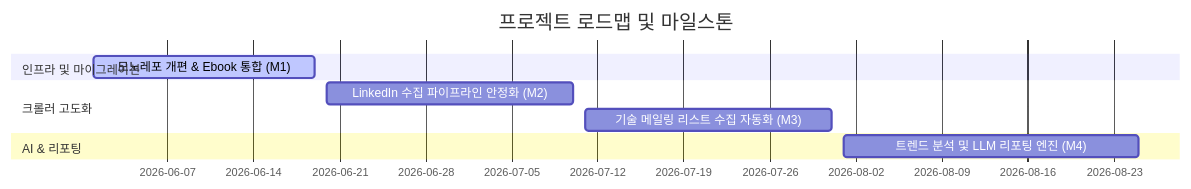
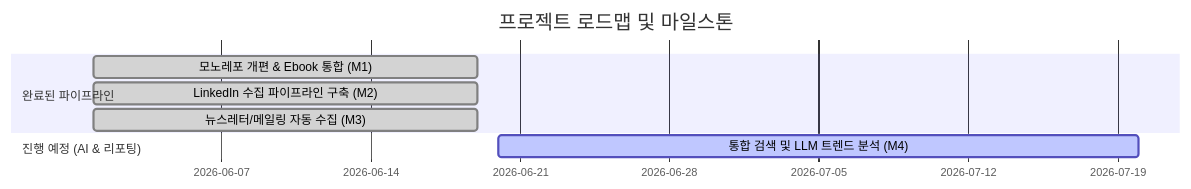
One commit to ejpark78/scraper changed the diagram in GOAL.md. Above: the diagram before and after it, drawn with Mermaid. The commit also changed other lines of this file and 2 other files, not shown here.

````diff
--- a/GOAL.md
+++ b/GOAL.md
@@ -17,12 +17,11 @@
 ```mermaid
 gantt
     title 프로젝트 로드맵 및 마일스톤
     dateFormat  YYYY-MM-DD
-    section 인프라 및 마이그레이션
-    모노레포 개편 & Ebook 통합 (M1)   :active, des1, 2026-06-01, 2026-06-19
-    section 크롤러 고도화
-    LinkedIn 수집 파이프라인 안정화 (M2) : des2, 2026-06-20, 2026-07-10
-    기술 메일링 리스트 수집 자동화 (M3)  : des3, 2026-07-11, 2026-07-31
-    section AI & 리포팅
-    트렌드 분석 및 LLM 리포팅 엔진 (M4) : des4, 2026-08-01, 2026-08-25
+    section 완료된 파이프라인
+    모노레포 개편 & Ebook 통합 (M1)   :done, des1, 2026-06-01, 2026-06-19
+    LinkedIn 수집 파이프라인 구축 (M2) :done, des2, 2026-06-01, 2026-06-19
+    뉴스레터/메일링 자동 수집 (M3)      :done, des3, 2026-06-01, 2026-06-19
+    section 진행 예정 (AI & 리포팅)
+    통합 검색 및 LLM 트렌드 분석 (M4) :active, des4, 2026-06-20, 2026-07-20
 ```
````
